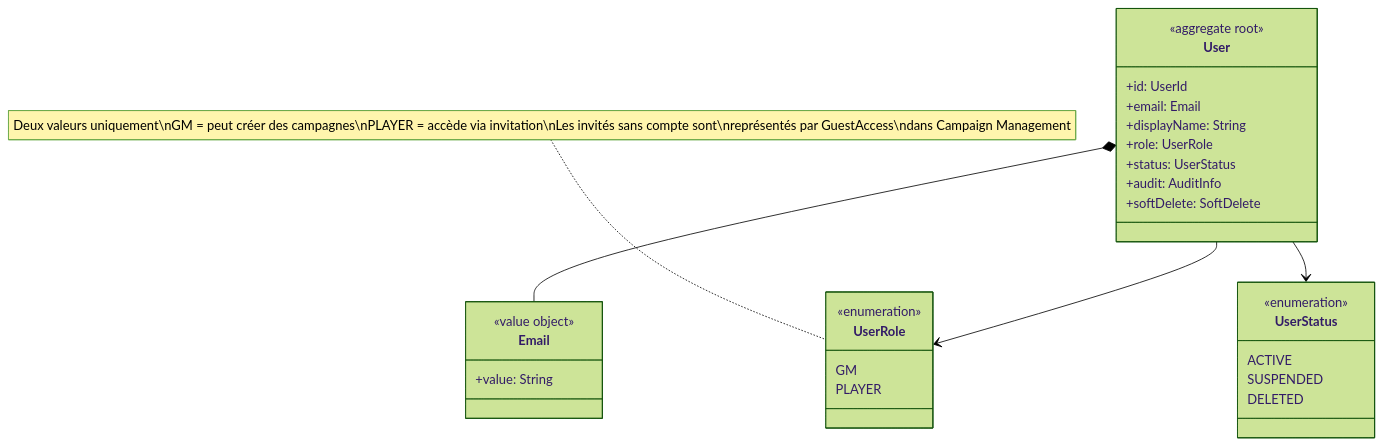
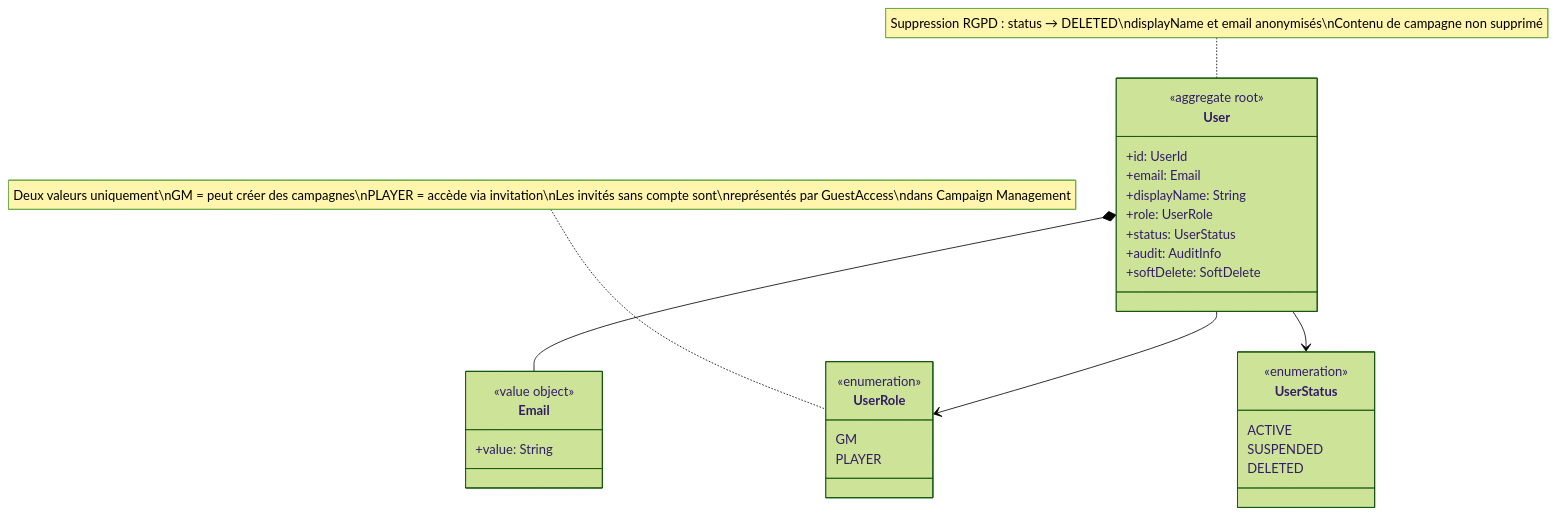
One commit to 2025-10-CDA-ECO-P6/PM-micro-saas changed the first of 7 diagrams in docs/conception/DiagrammesClasses.md. Above: the diagram before and after it, drawn with Mermaid (forest theme). The commit also changed other lines of this file and 8 other files, not shown here.

Commit message:
docs: complete architectural audit corrections and add missing documentation

````diff
--- a/docs/conception/DiagrammesClasses.md
+++ b/docs/conception/DiagrammesClasses.md
@@ -23,33 +23,34 @@
 ```mermaid
 classDiagram
     direction TB
     class User {
         <<aggregate root>>
         +id: UserId
         +email: Email
         +displayName: String
         +role: UserRole
         +status: UserStatus
         +audit: AuditInfo
         +softDelete: SoftDelete
     }
     class Email {
         <<value object>>
         +value: String
     }
     class UserRole {
         <<enumeration>>
         GM
         PLAYER
     }
     class UserStatus {
         <<enumeration>>
         ACTIVE
         SUSPENDED
         DELETED
     }
     User *-- Email
     User --> UserRole
     User --> UserStatus
     note for UserRole "Deux valeurs uniquement\nGM = peut créer des campagnes\nPLAYER = accède via invitation\nLes invités sans compte sont\nreprésentés par GuestAccess\ndans Campaign Management"
+    note for User "Suppression RGPD : status → DELETED\ndisplayName et email anonymisés\nContenu de campagne non supprimé"
 ```
````
